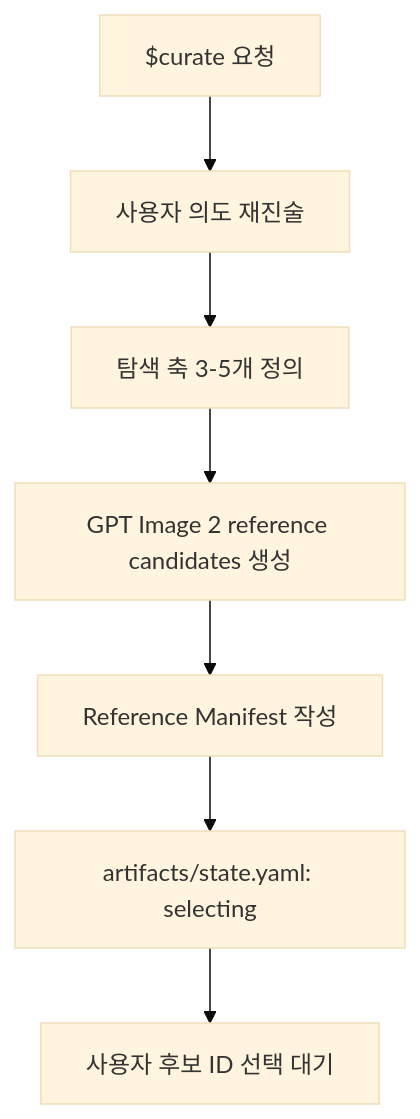
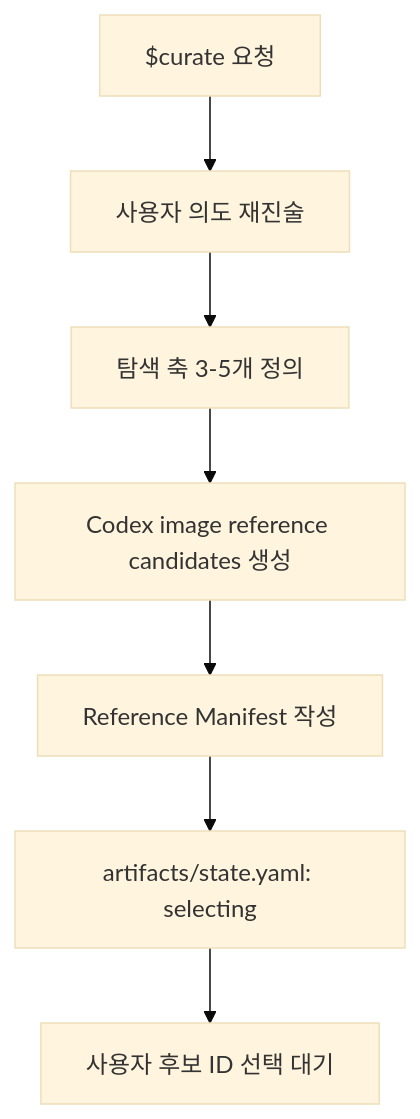
Before and after one commit to dhfmzk/chuu-gumi: the second of 9 diagrams in docs/how-it-works.ko.md, drawn with Mermaid (base theme). The commit also changed other lines of this file and 19 other files, not shown here.

````diff
--- a/docs/how-it-works.ko.md
+++ b/docs/how-it-works.ko.md
@@ -84,9 +84,9 @@
 ```mermaid
 flowchart TD
     A["$curate 요청"] --> B["사용자 의도 재진술"]
     B --> C["탐색 축 3-5개 정의"]
-    C --> D["GPT Image 2 reference candidates 생성"]
+    C --> D["Codex image reference candidates 생성"]
     D --> E["Reference Manifest 작성"]
     E --> F["artifacts/state.yaml: selecting"]
     F --> G["사용자 후보 ID 선택 대기"]
 ```
````
